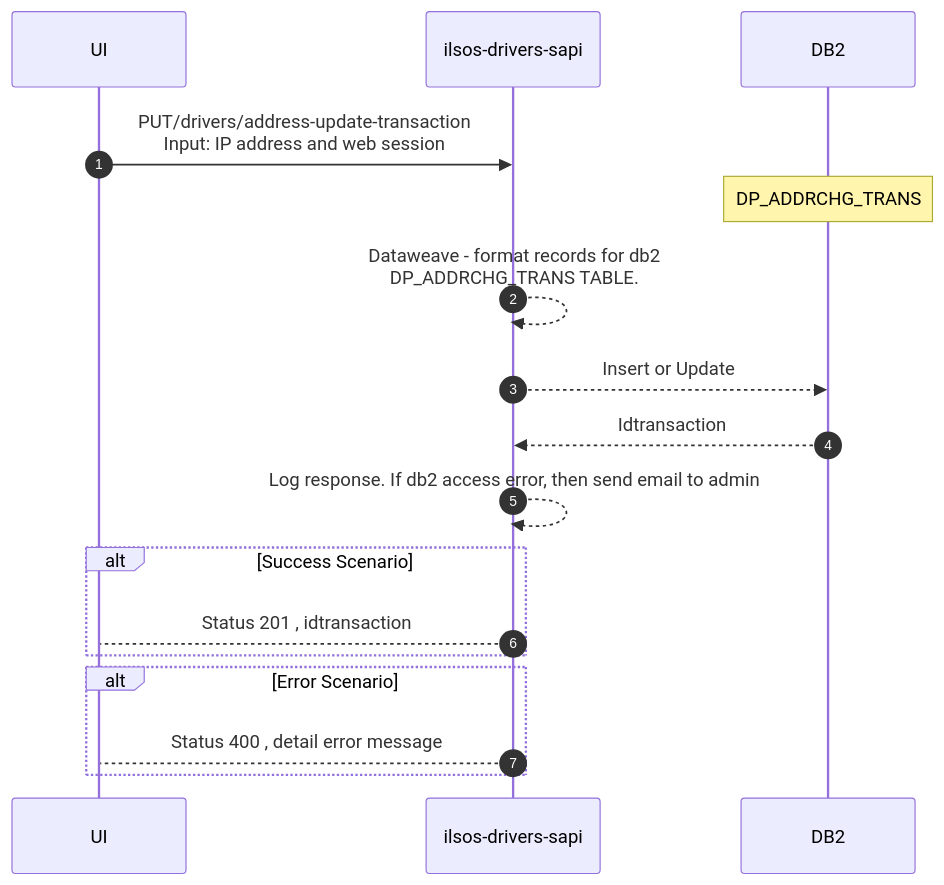
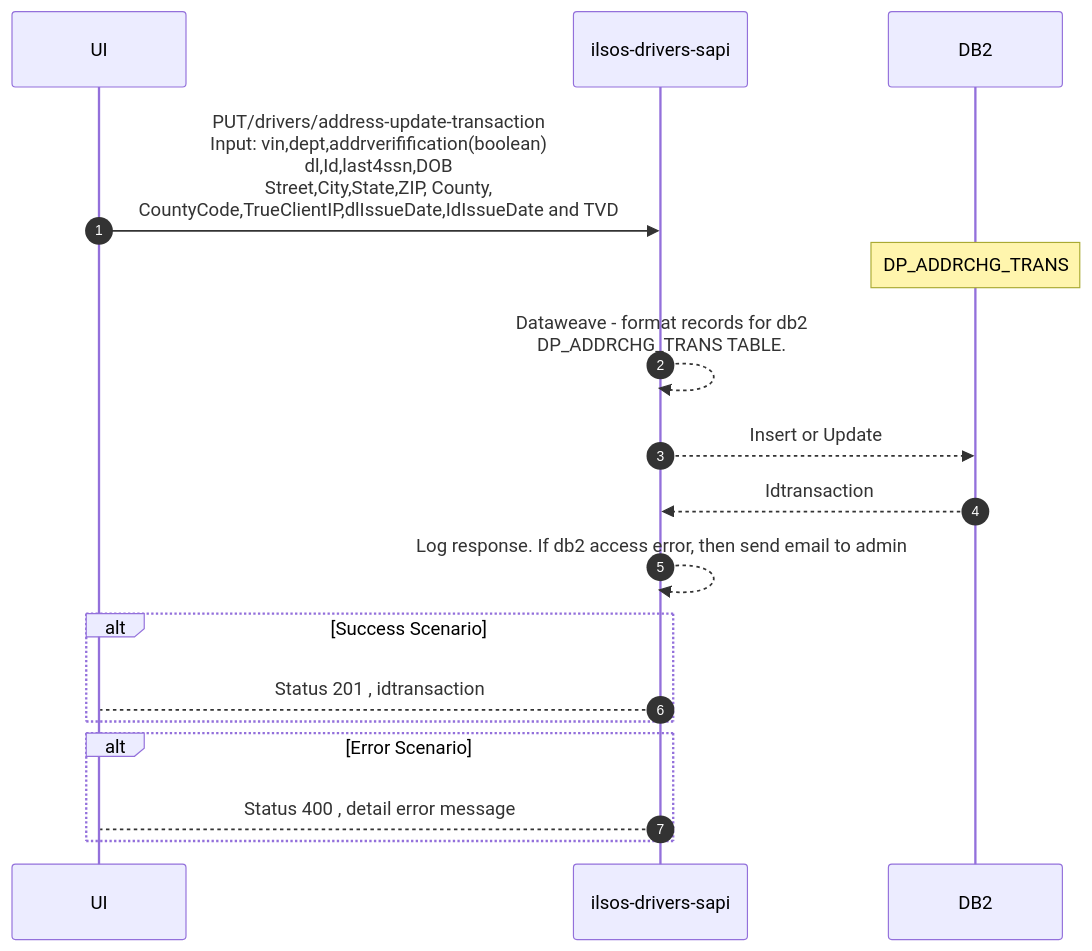
Before and after one commit to acme-devs/ilsos-drivers-sapi: the third of 3 diagrams in README.md, drawn with Mermaid.

````diff
--- a/README.md
+++ b/README.md
@@ -89,22 +89,22 @@
 ```mermaid
 sequenceDiagram
     autonumber
     participant ui as UI
     participant api as ilsos-drivers-sapi
     participant db2 as DB2
     
-    ui->>api:PUT/drivers/address-update-transaction <br>Input: IP address and web session
+    ui->>api:PUT/drivers/address-update-transaction <br>Input: vin,dept,addrverifification(boolean)<br>dl,Id,last4ssn,DOB<br>Street,City,State,ZIP, County,<br>CountyCode,TrueClientIP,dlIssueDate,IdIssueDate and TVD
     note over db2:DP_ADDRCHG_TRANS
     
     api-->>api:Dataweave - format records for db2<BR> DP_ADDRCHG_TRANS TABLE.
     api-->>db2: Insert or Update 
     
     db2-->>api: Idtransaction
     api-->>api:Log response. If db2 access error, then send email to admin
     alt Success Scenario 
         api-->ui: Status 201 , idtransaction
     end
     alt Error Scenario 
         api-->ui: Status 400 , detail error message
     end
 ```
````
